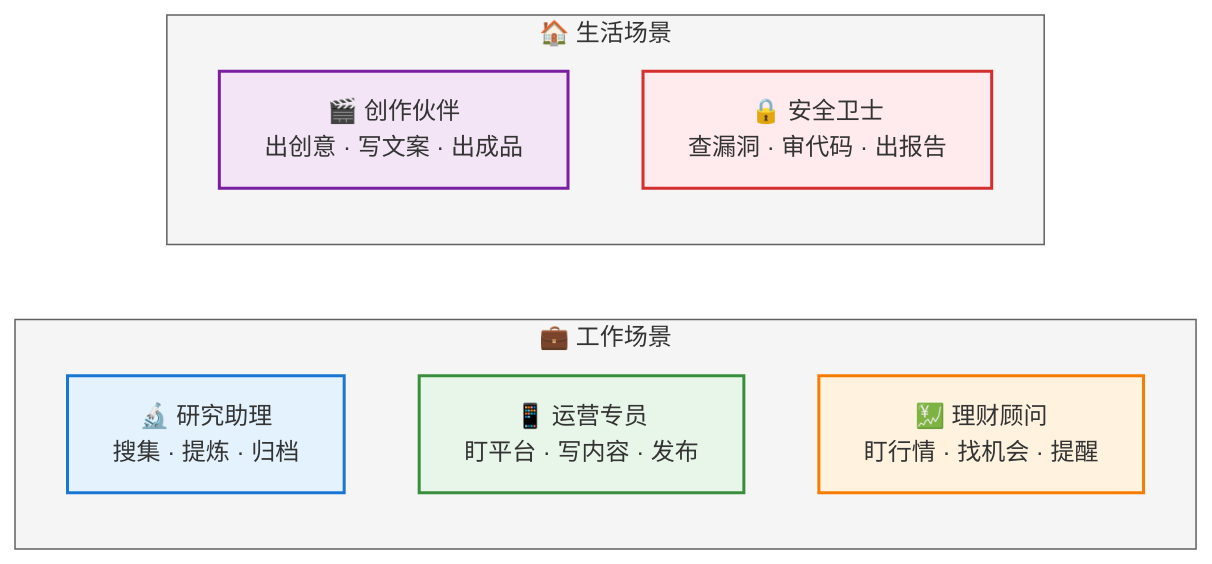
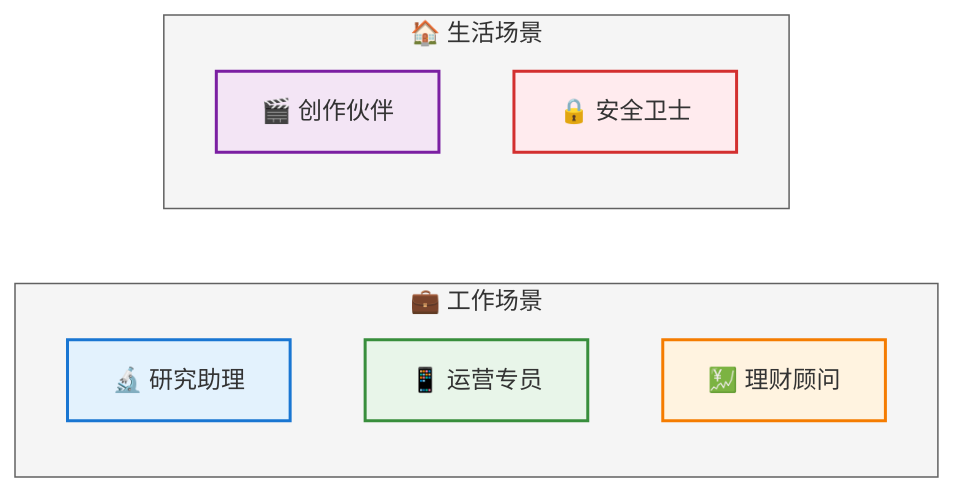
Before and after one commit to weininghui/skills: the third of 3 diagrams in README.md, drawn with Mermaid. The commit also changed other lines of this file, not shown here.

Commit message:
fix: shorten mermaid node labels to prevent text overflow

````diff
--- a/README.md
+++ b/README.md
@@ -334,20 +334,20 @@
 ```mermaid
 graph LR
     subgraph WORK["💼 工作场景"]
-        R["🔬 研究助理<br/>搜集 · 提炼 · 归档"]
-        O["📱 运营专员<br/>盯平台 · 写内容 · 发布"]
-        F["💹 理财顾问<br/>盯行情 · 找机会 · 提醒"]
+        R["🔬 研究助理"]
+        O["📱 运营专员"]
+        F["💹 理财顾问"]
     end
     subgraph LIFE["🏠 生活场景"]
-        C["🎬 创作伙伴<br/>出创意 · 写文案 · 出成品"]
-        S["🔒 安全卫士<br/>查漏洞 · 审代码 · 出报告"]
+        C["🎬 创作伙伴"]
+        S["🔒 安全卫士"]
     end
 
     style WORK fill:#F5F5F5,stroke:#616161,stroke-width:1px
     style LIFE fill:#F5F5F5,stroke:#616161,stroke-width:1px
     style R fill:#E3F2FD,stroke:#1976D2,stroke-width:2px
     style O fill:#E8F5E9,stroke:#388E3C,stroke-width:2px
     style F fill:#FFF3E0,stroke:#F57C00,stroke-width:2px
     style C fill:#F3E5F5,stroke:#7B1FA2,stroke-width:2px
     style S fill:#FFEBEE,stroke:#D32F2F,stroke-width:2px
 ```
````
